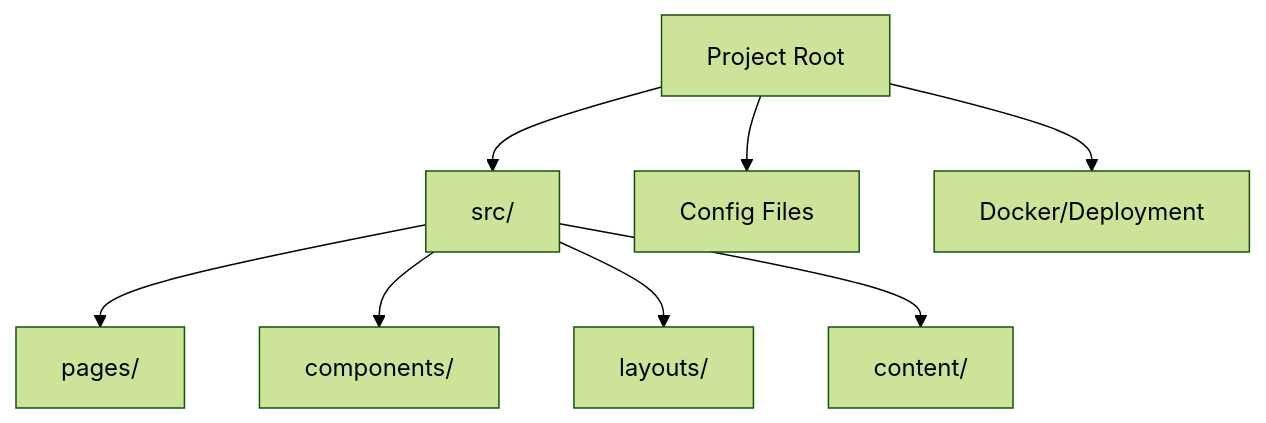
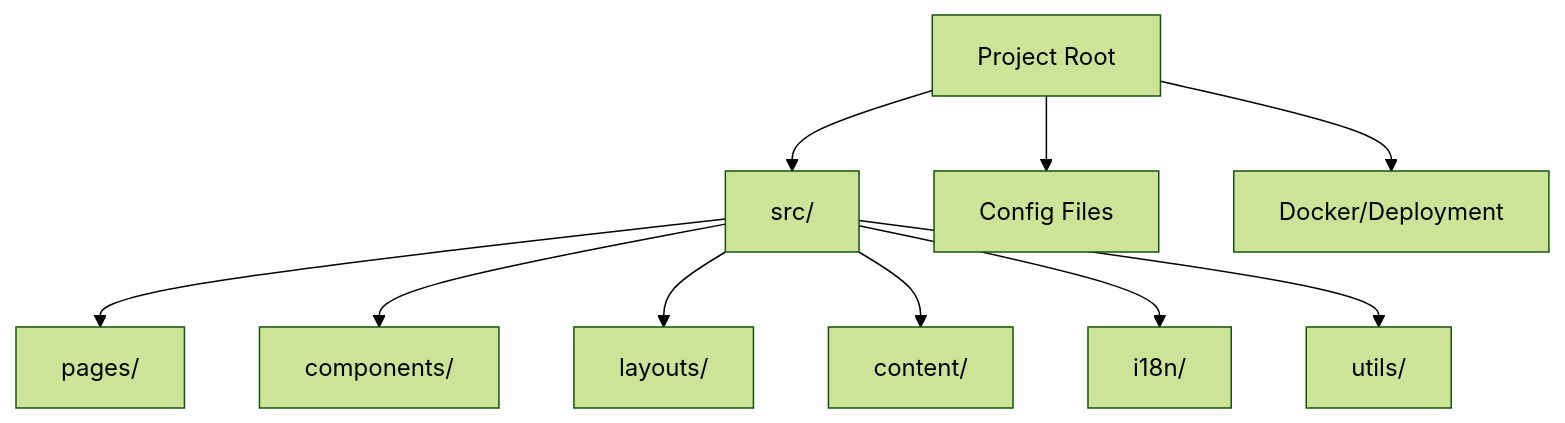
The diagram in aidd_docs/memory/codebase-map.md (Infuseting/Portfolio), drawn with Mermaid (forest theme) before and after one commit. The commit also changed other lines of this file and 10 other files, not shown here.

````diff
--- a/aidd_docs/memory/codebase-map.md
+++ b/aidd_docs/memory/codebase-map.md
@@ -5,11 +5,13 @@
 ```mermaid
 flowchart TD
     Root[Project Root]
     Root --> Src[src/]
     Root --> Config[Config Files]
     Root --> Docker[Docker/Deployment]
     Src --> Pages[pages/]
     Src --> Components[components/]
     Src --> Layouts[layouts/]
     Src --> Content[content/]
+    Src --> I18n[i18n/]
+    Src --> Utils[utils/]
 ```
````
